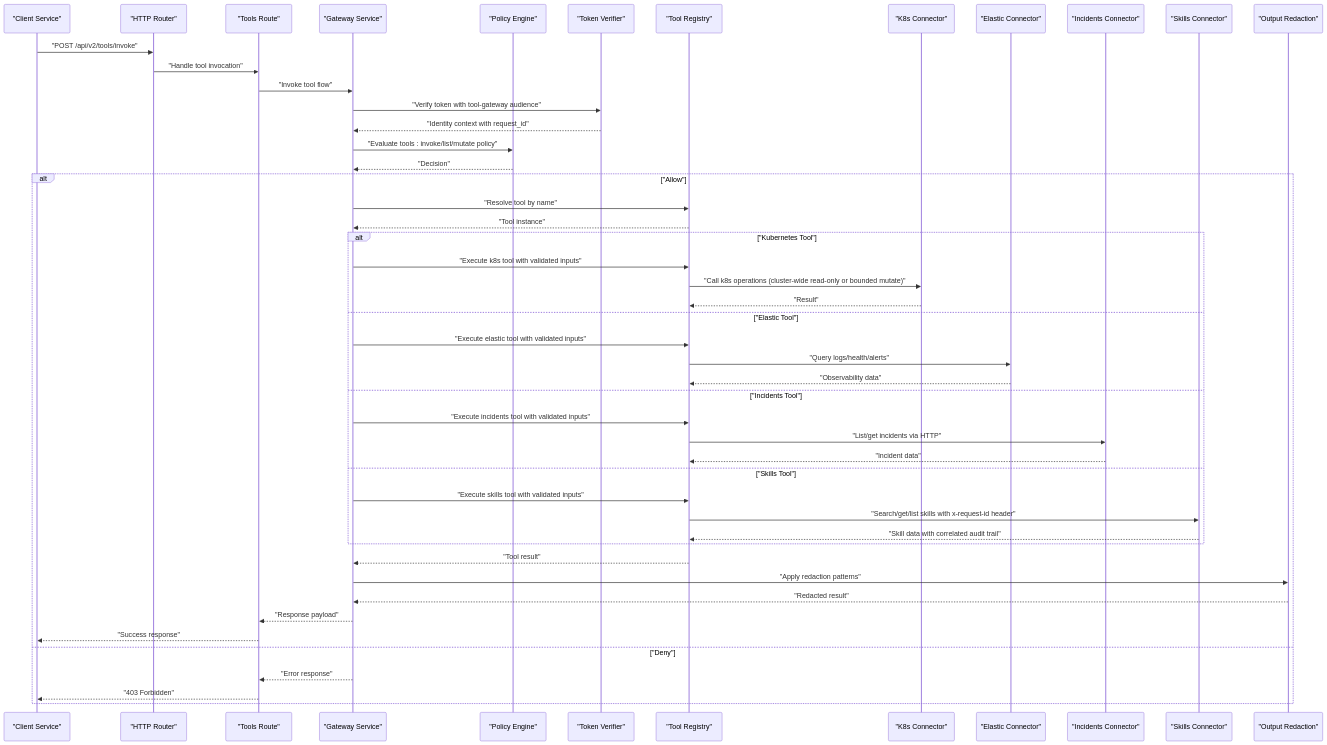
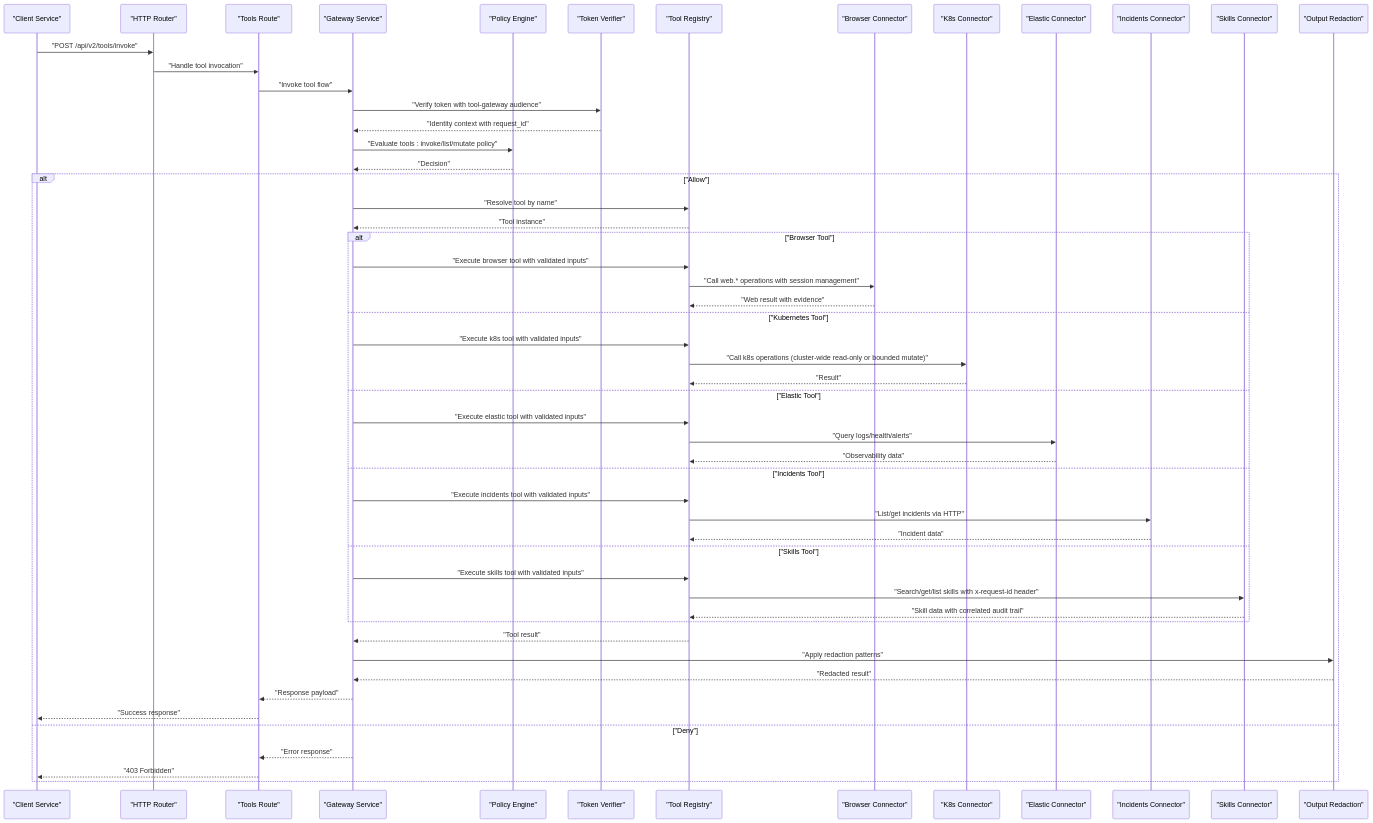
Before and after one commit to metasync/luban-aiops: the second of 14 diagrams in .qoder/repowiki/en/content/Tool Gateway Service/Tool Gateway Service.md, drawn with Mermaid. The commit also changed other lines of this file and 6 other files, not shown here.

````diff
--- a/.qoder/repowiki/en/content/Tool Gateway Service/Tool Gateway Service.md
+++ b/.qoder/repowiki/en/content/Tool Gateway Service/Tool Gateway Service.md
@@ -212,51 +233,56 @@
 ```mermaid
 sequenceDiagram
 participant Client as "Client Service"
 participant Router as "HTTP Router"
 participant ToolsRoute as "Tools Route"
 participant Gateway as "Gateway Service"
 participant Policy as "Policy Engine"
 participant Token as "Token Verifier"
 participant Registry as "Tool Registry"
+participant Browser as "Browser Connector"
 participant K8s as "K8s Connector"
 participant Elastic as "Elastic Connector"
 participant Incidents as "Incidents Connector"
 participant Skills as "Skills Connector"
 participant Redaction as "Output Redaction"
 Client->>Router : "POST /api/v2/tools/invoke"
 Router->>ToolsRoute : "Handle tool invocation"
 ToolsRoute->>Gateway : "Invoke tool flow"
 Gateway->>Token : "Verify token with tool-gateway audience"
 Token-->>Gateway : "Identity context with request_id"
 Gateway->>Policy : "Evaluate tools : invoke/list/mutate policy"
 Policy-->>Gateway : "Decision"
 alt "Allow"
 Gateway->>Registry : "Resolve tool by name"
 Registry-->>Gateway : "Tool instance"
-alt "Kubernetes Tool"
+alt "Browser Tool"
+Gateway->>Registry : "Execute browser tool with validated inputs"
+Registry->>Browser : "Call web.* operations with session management"
+Browser-->>Registry : "Web result with evidence"
+else "Kubernetes Tool"
 Gateway->>Registry : "Execute k8s tool with validated inputs"
 Registry->>K8s : "Call k8s operations (cluster-wide read-only or bounded mutate)"
 K8s-->>Registry : "Result"
 else "Elastic Tool"
 Gateway->>Registry : "Execute elastic tool with validated inputs"
 Registry->>Elastic : "Query logs/health/alerts"
 Elastic-->>Registry : "Observability data"
 else "Incidents Tool"
 Gateway->>Registry : "Execute incidents tool with validated inputs"
 Registry->>Incidents : "List/get incidents via HTTP"
 Incidents-->>Registry : "Incident data"
 else "Skills Tool"
 Gateway->>Registry : "Execute skills tool with validated inputs"
 Registry->>Skills : "Search/get/list skills with x-request-id header"
 Skills-->>Registry : "Skill data with correlated audit trail"
 end
 Registry-->>Gateway : "Tool result"
 Gateway->>Redaction : "Apply redaction patterns"
 Redaction-->>Gateway : "Redacted result"
 Gateway-->>ToolsRoute : "Response payload"
 ToolsRoute-->>Client : "Success response"
 else "Deny"
 Gateway-->>ToolsRoute : "Error response"
 ToolsRoute-->>Client : "403 Forbidden"
 end
 ```
````
